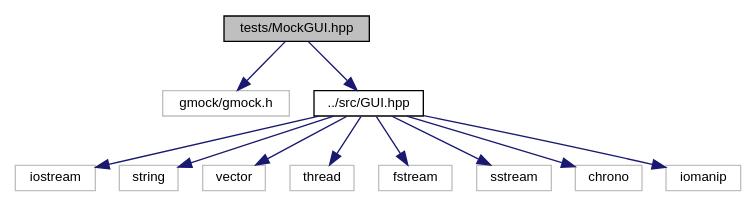
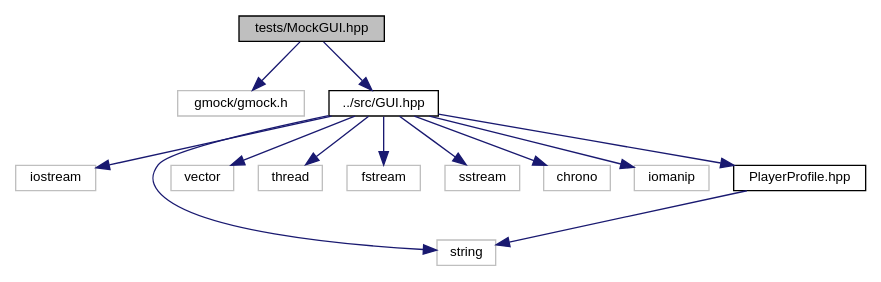
One commit to jesstyrrell/cosc345 changed the diagram in _mock_g_u_i_8hpp__incl.dot. Above: the diagram before and after it, drawn with Graphviz. The commit also changed 229 other files, not shown here.

```diff
--- a/_mock_g_u_i_8hpp__incl.dot
+++ b/_mock_g_u_i_8hpp__incl.dot
@@ -1,28 +1,31 @@
 digraph "tests/MockGUI.hpp"
 {
  // INTERACTIVE_SVG=YES
  // LATEX_PDF_SIZE
   edge [fontname="Helvetica",fontsize="10",labelfontname="Helvetica",labelfontsize="10"];
   node [fontname="Helvetica",fontsize="10",shape=record];
   Node1 [label="tests/MockGUI.hpp",height=0.2,width=0.4,color="black", fillcolor="grey75", style="filled", fontcolor="black",tooltip=" "];
   Node1 -> Node2 [color="midnightblue",fontsize="10",style="solid",fontname="Helvetica"];
   Node2 [label="gmock/gmock.h",height=0.2,width=0.4,color="grey75", fillcolor="white", style="filled",tooltip=" "];
   Node1 -> Node3 [color="midnightblue",fontsize="10",style="solid",fontname="Helvetica"];
   Node3 [label="../src/GUI.hpp",height=0.2,width=0.4,color="black", fillcolor="white", style="filled",URL="$_g_u_i_8hpp.html",tooltip=" "];
   Node3 -> Node4 [color="midnightblue",fontsize="10",style="solid",fontname="Helvetica"];
   Node4 [label="iostream",height=0.2,width=0.4,color="grey75", fillcolor="white", style="filled",tooltip=" "];
   Node3 -> Node5 [color="midnightblue",fontsize="10",style="solid",fontname="Helvetica"];
   Node5 [label="string",height=0.2,width=0.4,color="grey75", fillcolor="white", style="filled",tooltip=" "];
   Node3 -> Node6 [color="midnightblue",fontsize="10",style="solid",fontname="Helvetica"];
   Node6 [label="vector",height=0.2,width=0.4,color="grey75", fillcolor="white", style="filled",tooltip=" "];
   Node3 -> Node7 [color="midnightblue",fontsize="10",style="solid",fontname="Helvetica"];
   Node7 [label="thread",height=0.2,width=0.4,color="grey75", fillcolor="white", style="filled",tooltip=" "];
   Node3 -> Node8 [color="midnightblue",fontsize="10",style="solid",fontname="Helvetica"];
   Node8 [label="fstream",height=0.2,width=0.4,color="grey75", fillcolor="white", style="filled",tooltip=" "];
   Node3 -> Node9 [color="midnightblue",fontsize="10",style="solid",fontname="Helvetica"];
   Node9 [label="sstream",height=0.2,width=0.4,color="grey75", fillcolor="white", style="filled",tooltip=" "];
   Node3 -> Node10 [color="midnightblue",fontsize="10",style="solid",fontname="Helvetica"];
   Node10 [label="chrono",height=0.2,width=0.4,color="grey75", fillcolor="white", style="filled",tooltip=" "];
   Node3 -> Node11 [color="midnightblue",fontsize="10",style="solid",fontname="Helvetica"];
   Node11 [label="iomanip",height=0.2,width=0.4,color="grey75", fillcolor="white", style="filled",tooltip=" "];
+  Node3 -> Node12 [color="midnightblue",fontsize="10",style="solid",fontname="Helvetica"];
+  Node12 [label="PlayerProfile.hpp",height=0.2,width=0.4,color="black", fillcolor="white", style="filled",URL="$_player_profile_8hpp.html",tooltip=" "];
+  Node12 -> Node5 [color="midnightblue",fontsize="10",style="solid",fontname="Helvetica"];
 }
```
